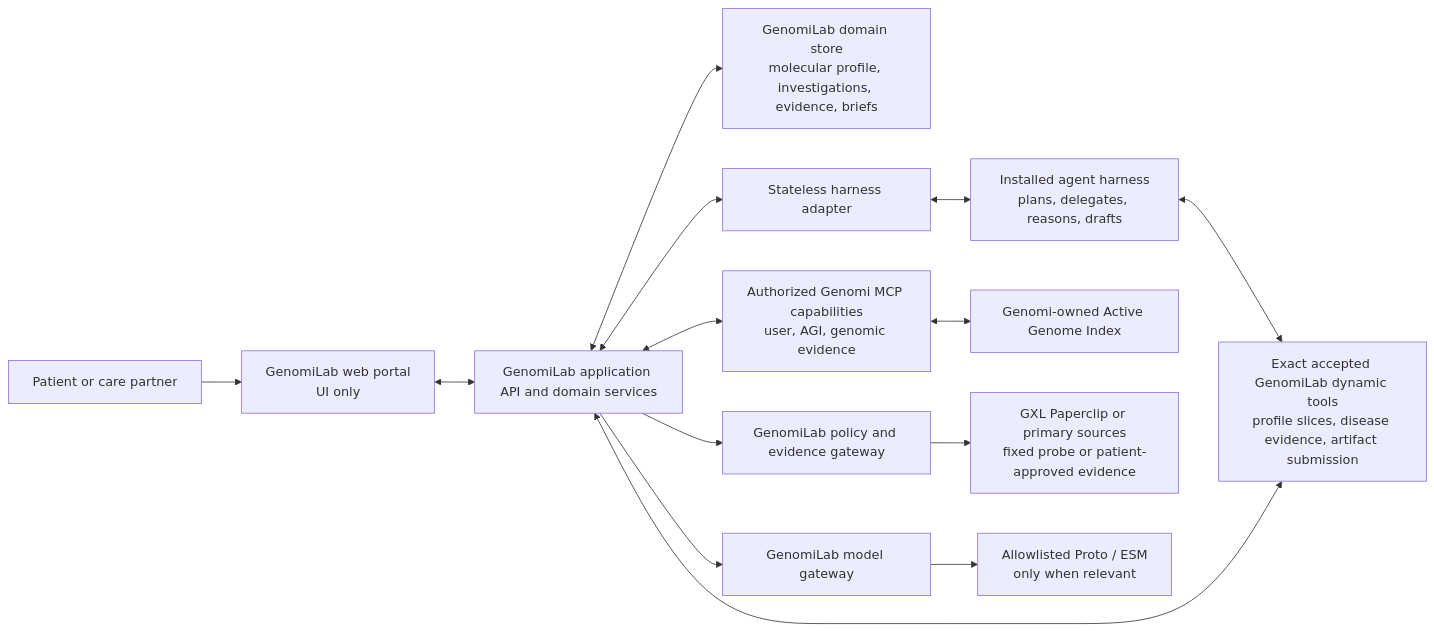
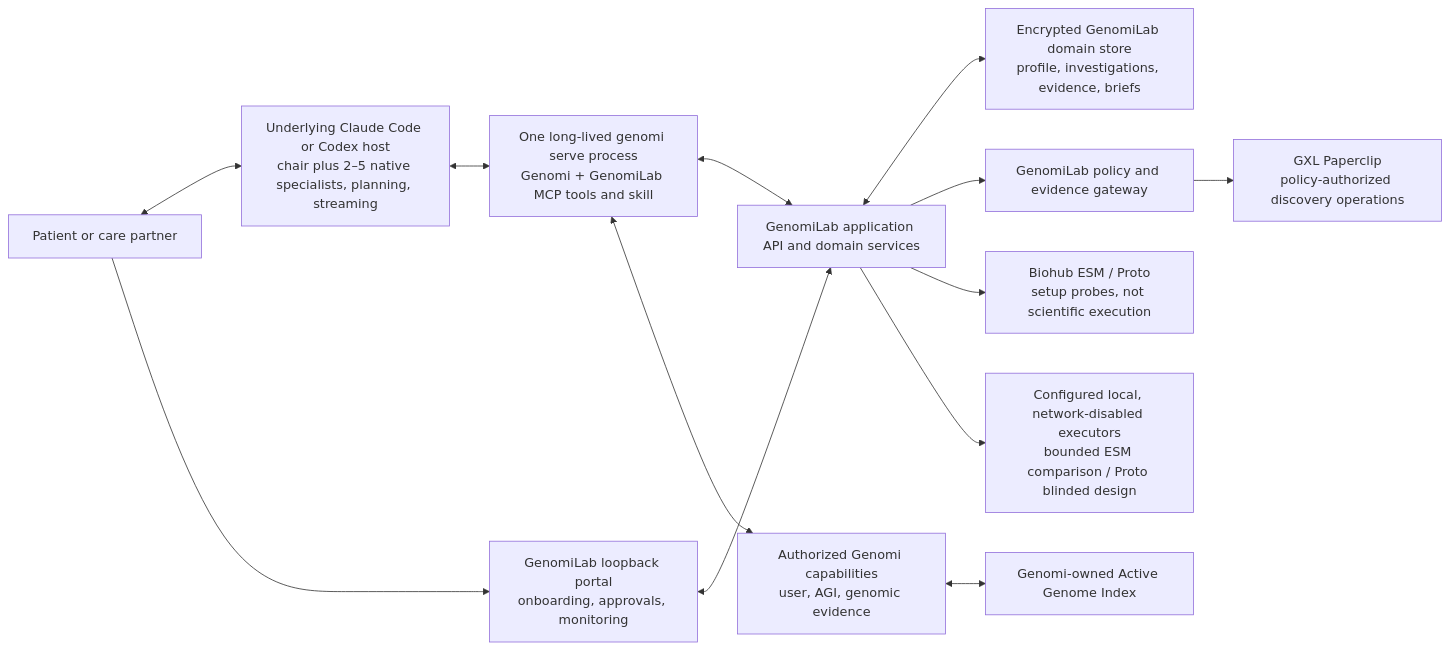
Before and after one commit to exon-research/genomi: the diagram in GENOMILAB_PRODUCT_DEFINITION.md, drawn with Mermaid. The commit also changed other lines of this file and 214 other files, not shown here.

Commit message:
feat: complete agent-native GenomiLab investigations

````diff
--- a/GENOMILAB_PRODUCT_DEFINITION.md
+++ b/GENOMILAB_PRODUCT_DEFINITION.md
@@ -181,16 +200,15 @@
 ```mermaid
 flowchart LR
-    P["Patient or care partner"] --> UI["GenomiLab web portal\nUI only"]
+    P["Patient or care partner"] <--> H["Underlying Claude Code or Codex host\nchair plus 2–5 native specialists, planning, streaming"]
+    P --> UI["GenomiLab loopback portal\nonboarding, approvals, monitoring"]
     UI <--> D["GenomiLab application API and domain services"]
-    D <--> DS["GenomiLab domain store\nmolecular profile, investigations, evidence, briefs"]
-    D <--> B["Stateless harness adapter"]
-    B <--> H["Installed agent harness\nplans, delegates, reasons, drafts"]
-    H <--> DT["Exact accepted GenomiLab dynamic tools\nprofile slices, disease evidence, artifact submission"]
-    DT <--> D
-    D <--> G["Authorized Genomi MCP capabilities\nuser, AGI, genomic evidence"]
+    D <--> DS["Encrypted GenomiLab domain store\nprofile, investigations, evidence, briefs"]
+    H <--> MCP["One long-lived genomi serve process\nGenomi + GenomiLab MCP tools and skill"]
+    MCP <--> D
+    MCP <--> G["Authorized Genomi capabilities\nuser, AGI, genomic evidence"]
     G <--> AGI["Genomi-owned Active Genome Index"]
     D --> EG["GenomiLab policy and evidence gateway"]
-    EG --> PC["GXL Paperclip or primary sources\nfixed probe or patient-approved evidence"]
-    D --> MG["GenomiLab model gateway"]
-    MG --> M["Allowlisted Proto / ESM\nonly when relevant"]
+    EG --> PC["GXL Paperclip\npolicy-authorized discovery operations"]
+    D --> CP["Biohub ESM / Proto\nsetup probes, not scientific execution"]
+    D --> LX["Configured local, network-disabled executors\nbounded ESM comparison / Proto blinded design"]
 ```
````
